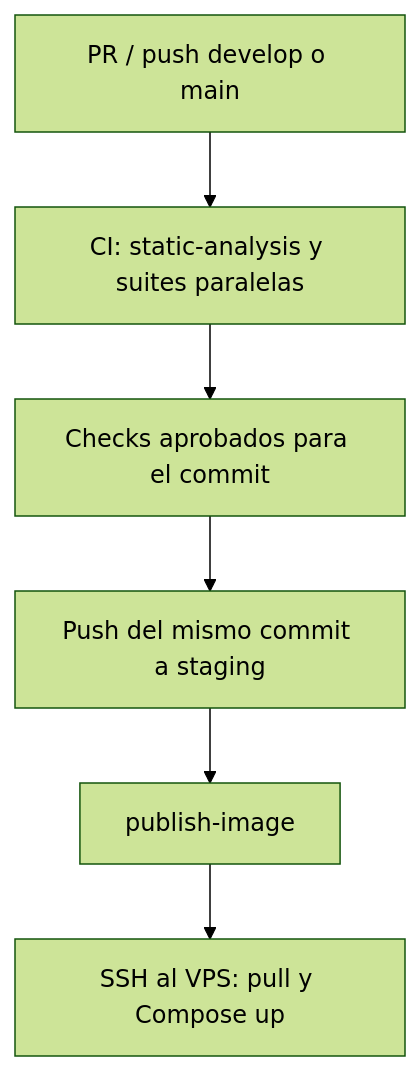
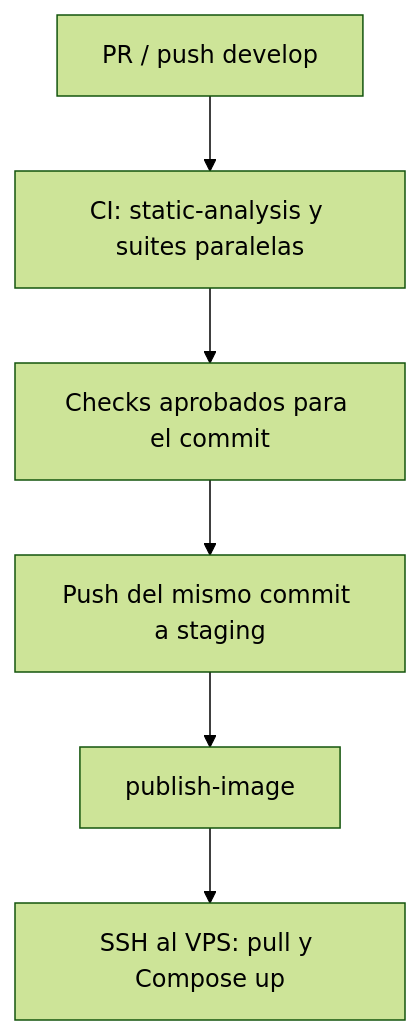
Before and after one commit to TypeItOrg/bemol-api: the diagram in docs/INTEGRACION-CONTINUA.md, drawn with Mermaid (forest theme). The commit also changed other lines of this file and 1 other file, not shown here.

Commit message:
ci: skip CI on main, production reuses the staging-validated commit

````diff
--- a/docs/INTEGRACION-CONTINUA.md
+++ b/docs/INTEGRACION-CONTINUA.md
@@ -35,8 +37,8 @@
 ```mermaid
 flowchart TD
-    PR[PR / push develop o main] --> CI[CI: static-analysis y suites paralelas]
+    PR[PR / push develop] --> CI[CI: static-analysis y suites paralelas]
     CI --> G[Checks aprobados para el commit]
     G --> ST[Push del mismo commit a staging]
     ST --> PI[publish-image]
     PI --> DEP[SSH al VPS: pull y Compose up]
 ```
````
